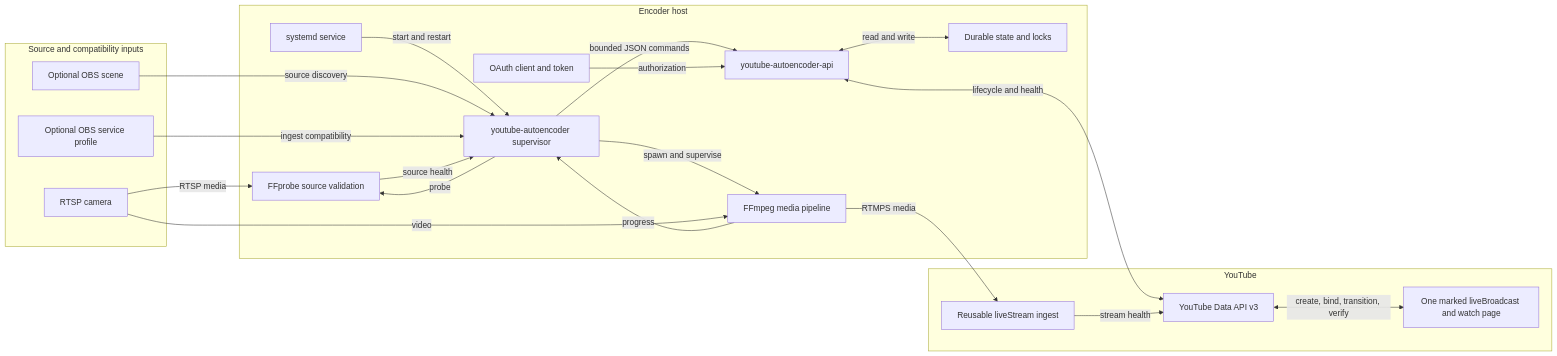
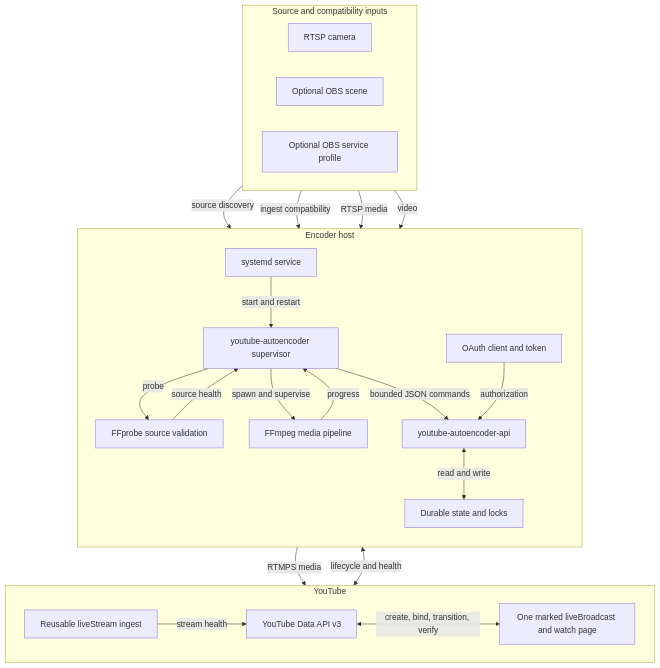
The first of 3 diagrams in README.md (sumitake/YouTube-AutoEncoder), drawn with Mermaid before and after one commit. The commit also changed other lines of this file and 2 other files, not shown here.

Commit message:
docs: improve diagram readability

````diff
--- a/README.md
+++ b/README.md
@@ -31,41 +31,44 @@
 ```mermaid
-flowchart LR
+flowchart TB
     subgraph ArchitectureInputs["Source and compatibility inputs"]
+        direction LR
         Camera["RTSP camera"]
         ObsScene["Optional OBS scene"]
         ObsService["Optional OBS service profile"]
     end
 
     subgraph ArchitectureHost["Encoder host"]
+        direction TB
         Systemd["systemd service"]
         Supervisor["youtube-autoencoder supervisor"]
         Probe["FFprobe source validation"]
         Encoder["FFmpeg media pipeline"]
         Helper["youtube-autoencoder-api"]
         State["Durable state and locks"]
         OAuth["OAuth client and token"]
     end
 
     subgraph ArchitectureYouTube["YouTube"]
+        direction LR
         Ingest["Reusable liveStream ingest"]
         Api["YouTube Data API v3"]
         Broadcast["One marked liveBroadcast and watch page"]
     end
 
     Systemd -->|"start and restart"| Supervisor
     ObsScene -->|"source discovery"| Supervisor
     ObsService -->|"ingest compatibility"| Supervisor
     Supervisor -->|"probe"| Probe
     Camera -->|"RTSP media"| Probe
     Probe -->|"source health"| Supervisor
     Supervisor -->|"spawn and supervise"| Encoder
     Camera -->|"video"| Encoder
     Encoder -->|"progress"| Supervisor
     Encoder -->|"RTMPS media"| Ingest
     Supervisor -->|"bounded JSON commands"| Helper
     Helper <-->|"read and write"| State
     OAuth -->|"authorization"| Helper
     Helper <-->|"lifecycle and health"| Api
     Ingest -->|"stream health"| Api
     Api <-->|"create, bind, transition, verify"| Broadcast
 ```
````
